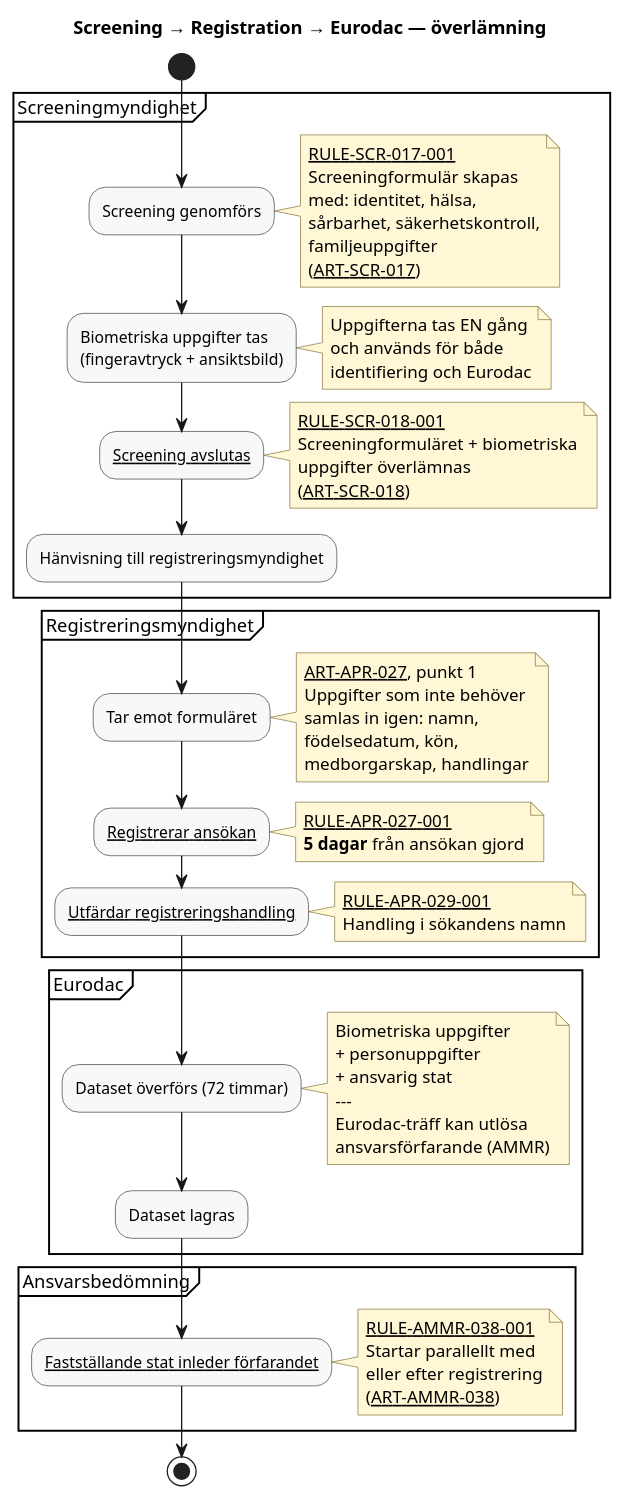
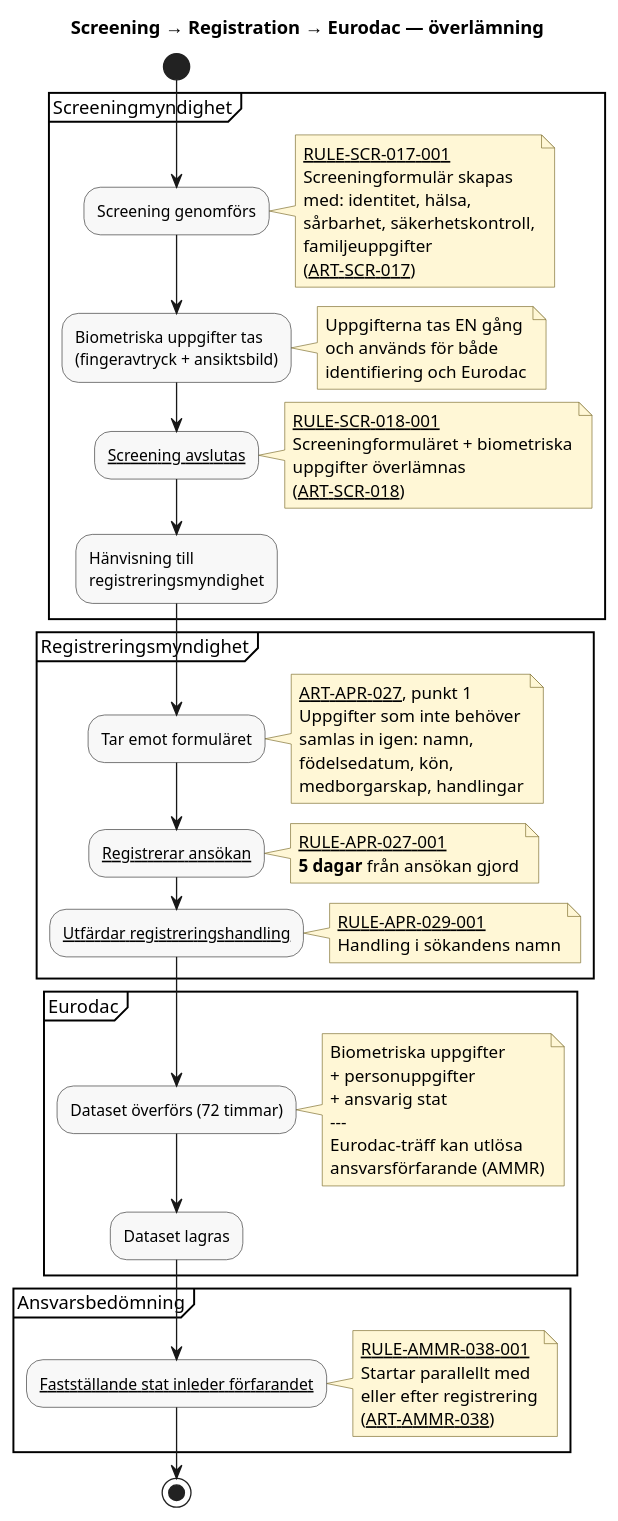
One commit to chrhe894/migration_pact changed the diagram in docs/domains/screening/diagrams/screening-to-registration-handoff.pu. Above: the diagram before and after it, drawn with PlantUML. The commit also changed 14 other files, not shown here.

Commit message:
Less wide diagrams

```diff
--- a/docs/domains/screening/diagrams/screening-to-registration-handoff.pu
+++ b/docs/domains/screening/diagrams/screening-to-registration-handoff.pu
@@ -17,101 +17,101 @@
 @startuml screening-to-registration-handoff
 
 title Screening → Registration → Eurodac — överlämning
 
 skinparam shadowing false
 skinparam HyperlinkColor Black
 skinparam HyperlinkUnderline true
 skinparam defaultFontName Arial
 skinparam activity {
   BackgroundColor #F8F8F8
   BorderColor #333333
   DiamondBackgroundColor #FFFFFF
   DiamondBorderColor #333333
 }
 skinparam note {
   BackgroundColor #FFF7D6
   BorderColor #7A6A2A
 }
 
 start
 
 partition "Screeningmyndighet" {
   :Screening genomförs;
   note right
     [[../rules/rule-scr-017-001.md RULE-SCR-017-001]]
     Screeningformulär skapas
     med: identitet, hälsa,
     sårbarhet, säkerhetskontroll,
     familjeuppgifter
     ([[../articles/scr-017.md ART-SCR-017]])
   end note
 
   :Biometriska uppgifter tas
   (fingeravtryck + ansiktsbild);
   note right
     Uppgifterna tas EN gång
     och används för både
     identifiering och Eurodac
   end note
 
   :[[../rules/rule-scr-018-001.md Screening avslutas]];
   note right
     [[../rules/rule-scr-018-001.md RULE-SCR-018-001]]
     Screeningformuläret + biometriska
     uppgifter överlämnas
     ([[../articles/scr-018.md ART-SCR-018]])
   end note
 
-  :Hänvisning till registreringsmyndighet;
+  :Hänvisning till\nregistreringsmyndighet;
 }
 
 partition "Registreringsmyndighet" {
   :Tar emot formuläret;
   note right
     [[../../../domains/registration/articles/apr-027.md ART-APR-027]], punkt 1
     Uppgifter som inte behöver
     samlas in igen: namn,
     födelsedatum, kön,
     medborgarskap, handlingar
   end note
 
   :[[../../../domains/registration/rules/rule-apr-027-001.md Registrerar ansökan]];
   note right
     [[../../../domains/registration/rules/rule-apr-027-001.md RULE-APR-027-001]]
     **5 dagar** från ansökan gjord
   end note
 
   :[[../../../domains/registration/rules/rule-apr-029-001.md Utfärdar registreringshandling]];
   note right
     [[../../../domains/registration/rules/rule-apr-029-001.md RULE-APR-029-001]]
     Handling i sökandens namn
   end note
 }
 
 partition "Eurodac" {
   :Dataset överförs (72 timmar);
   note right
     Biometriska uppgifter
     + personuppgifter
     + ansvarig stat
     ---
     Eurodac-träff kan utlösa
     ansvarsförfarande (AMMR)
   end note
 
   :Dataset lagras;
 }
 
 partition "Ansvarsbedömning" {
   :[[../../../domains/responsibility/rules/rule-ammr-038-001.md Fastställande stat inleder förfarandet]];
   note right
     [[../../../domains/responsibility/rules/rule-ammr-038-001.md RULE-AMMR-038-001]]
     Startar parallellt med
     eller efter registrering
     ([[../../../domains/responsibility/articles/ammr-038.md ART-AMMR-038]])
   end note
 }
 
 stop
 
 @enduml
```
